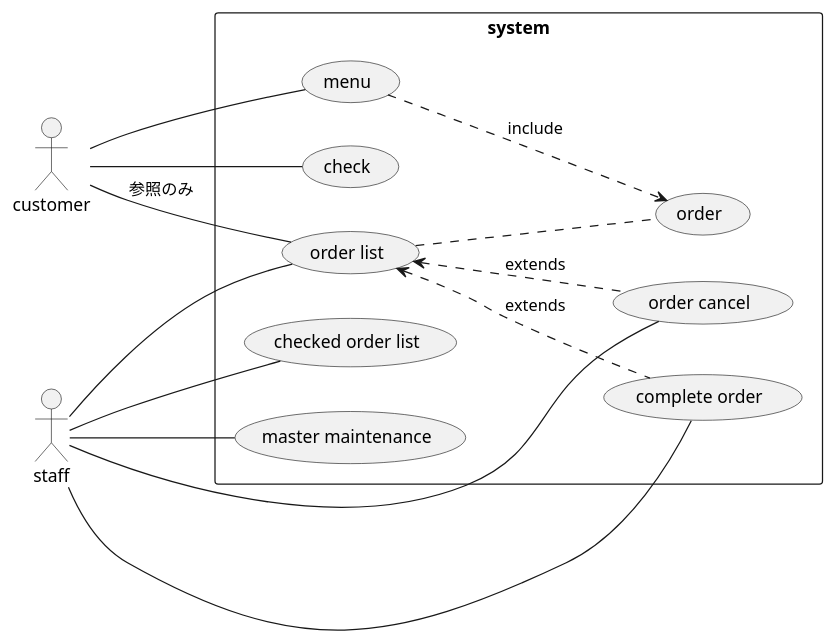
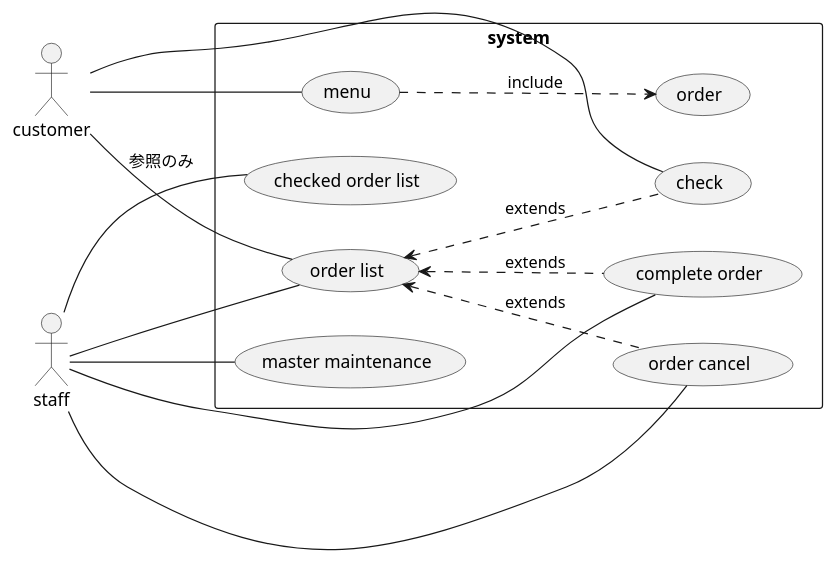
The diagram in documents/plantuml/usecase/mimosa.pu (wazatoki/Mimosa), drawn with PlantUML before and after one commit. The commit also changed 14 other files, not shown here.

```diff
--- a/documents/plantuml/usecase/mimosa.pu
+++ b/documents/plantuml/usecase/mimosa.pu
@@ -1,25 +1,25 @@
 @startuml mimosa
 
 left to right direction
 
 rectangle system {
     (menu) ..> (order) : include
-    (check)
-    (order list) .. (order)
+    
+    (order list) <.. (check) : extends
     (order list) <.. (order cancel) : extends
 
     (order list) <.. (complete order) : extends
     (checked order list)
     (master maintenance)
 }
 :customer: -- (menu)
 :customer: -- (order list) : 参照のみ
 :customer: -- (check)
 
 :staff: -- (checked order list)
 :staff: -- (master maintenance)
 :staff: -- (order list) 
 :staff: -- (complete order)
 :staff: -- (order cancel)
 
 @enduml
```
